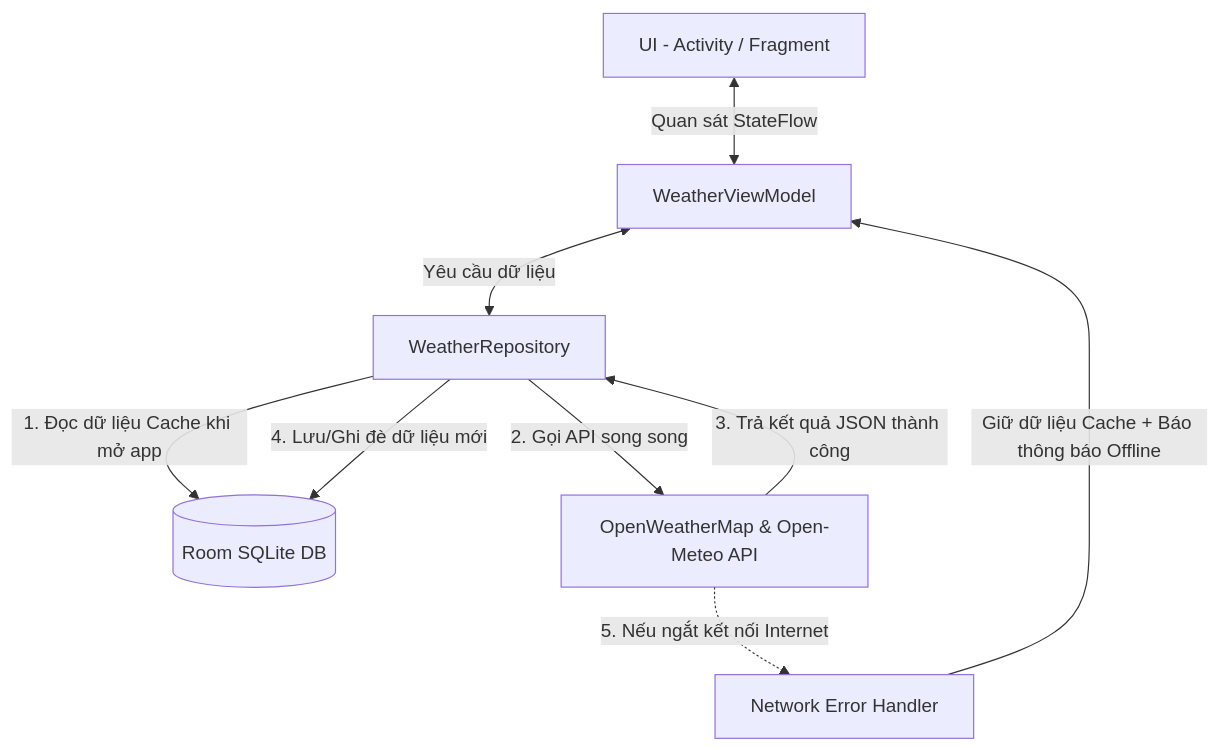
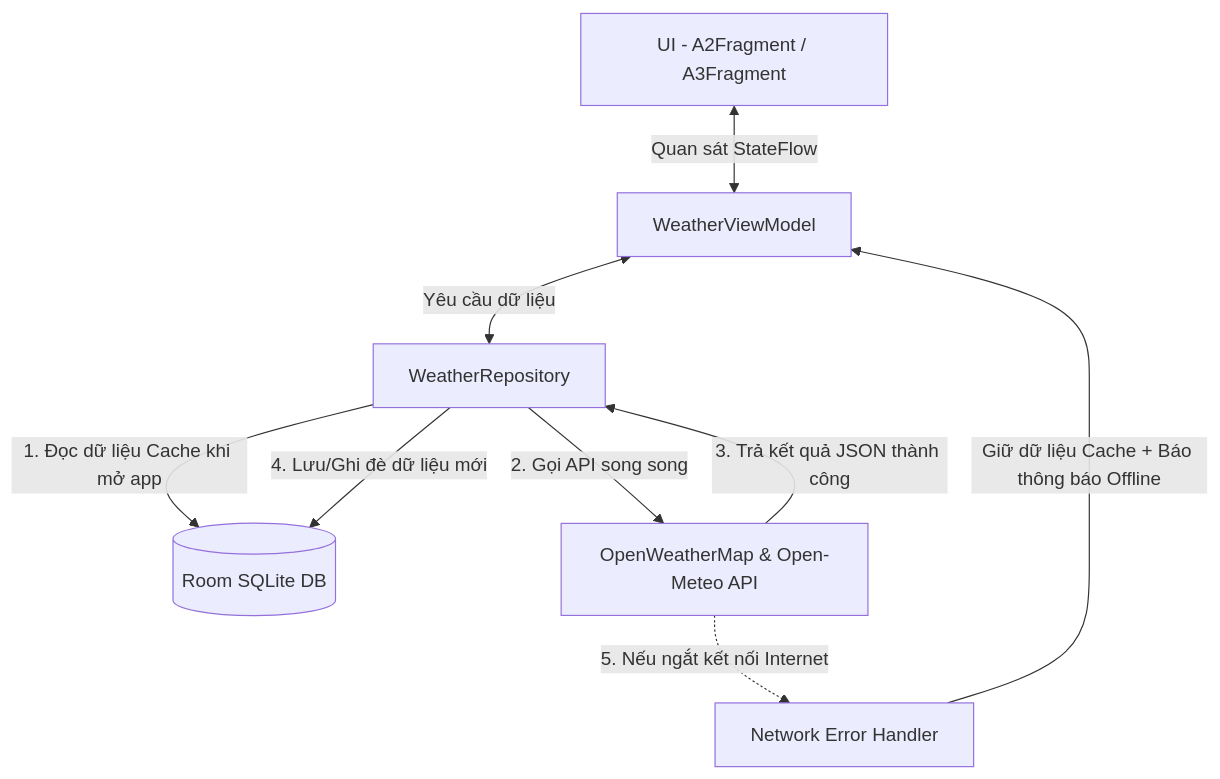
One commit to PhanVietA/WeatherForecast changed the diagram in README.md. Above: the diagram before and after it, drawn with Mermaid. The commit also changed other lines of this file and 18 other files, not shown here.

````diff
--- a/README.md
+++ b/README.md
@@ -30,11 +43,11 @@
 ```mermaid
 graph TD
-    UI[UI - Activity / Fragment] <-->|Quan sát StateFlow| VM[WeatherViewModel]
+    UI[UI - A2Fragment / A3Fragment] <-->|Quan sát StateFlow| VM[WeatherViewModel]
     VM <-->|Yêu cầu dữ liệu| Repo[WeatherRepository]
     Repo -->|1. Đọc dữ liệu Cache khi mở app| RoomDB[(Room SQLite DB)]
     Repo -->|2. Gọi API song song| APIs[OpenWeatherMap & Open-Meteo API]
     APIs -->|3. Trả kết quả JSON thành công| Repo
     Repo -->|4. Lưu/Ghi đè dữ liệu mới| RoomDB
     APIs -.->|5. Nếu ngắt kết nối Internet| Err[Network Error Handler]
     Err -->|Giữ dữ liệu Cache + Báo thông báo Offline| VM
 ```
````
